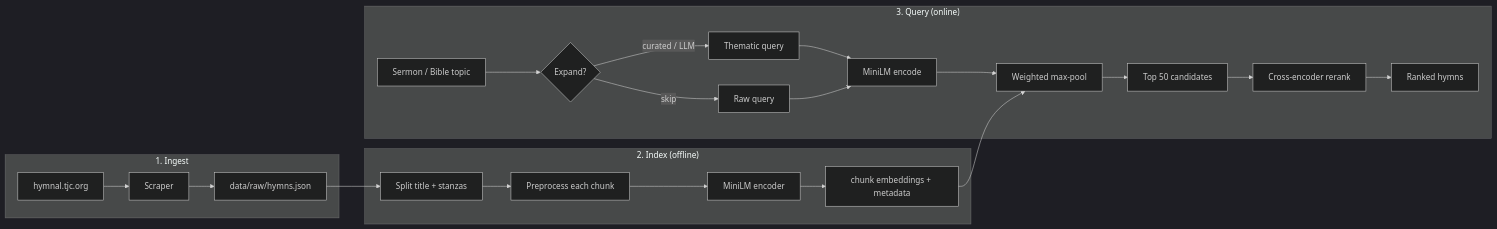
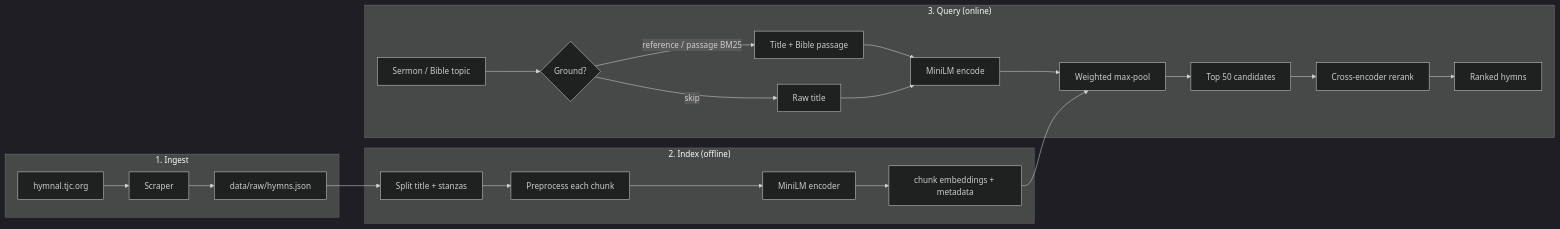
Before and after one commit to h4ppymeal/ChoirNetwork: the diagram in docs/ENGINE.md, drawn with Mermaid (dark theme). The commit also changed other lines of this file and 23 other files, not shown here.

````diff
--- a/docs/ENGINE.md
+++ b/docs/ENGINE.md
@@ -24,27 +25,27 @@
 ```mermaid
 flowchart LR
     subgraph ingest["1. Ingest"]
         A[hymnal.tjc.org] --> B[Scraper]
         B --> C["data/raw/hymns.json"]
     end
 
     subgraph index["2. Index (offline)"]
         C --> D[Split title + stanzas]
         D --> E[Preprocess each chunk]
         E --> F[MiniLM encoder]
         F --> G["chunk embeddings + metadata"]
     end
 
     subgraph query["3. Query (online)"]
-        H[Sermon / Bible topic] --> EXP{Expand?}
-        EXP -->|curated / LLM| I[Thematic query]
-        EXP -->|skip| I2[Raw query]
+        H[Sermon / Bible topic] --> EXP{Ground?}
+        EXP -->|reference / passage BM25| I[Title + Bible passage]
+        EXP -->|skip| I2[Raw title]
         I --> J[MiniLM encode]
         I2 --> J
         J --> K[Weighted max-pool]
         G --> K
         K --> L[Top 50 candidates]
         L --> M[Cross-encoder rerank]
         M --> N[Ranked hymns]
     end
 ```
````
